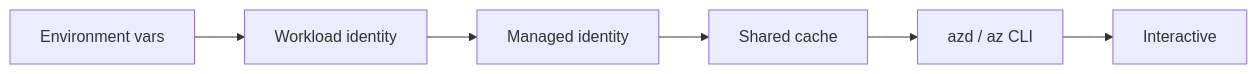
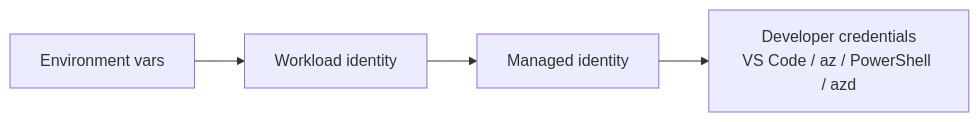
The seventh of 7 diagrams in docs/architecture.md (thobthuan-s/langchain-oa), drawn with Mermaid before and after one commit. The commit also changed other lines of this file and 9 other files, not shown here.

````diff
--- a/docs/architecture.md
+++ b/docs/architecture.md
@@ -206,8 +206,6 @@
 ```mermaid
 flowchart LR
     E[Environment vars] --> W[Workload identity]
     W --> M[Managed identity]
-    M --> C[Shared cache]
-    C --> A[azd / az CLI]
-    A --> I[Interactive]
+  M --> D[Developer credentials<br/>VS Code / az / PowerShell / azd]
 ```
````
